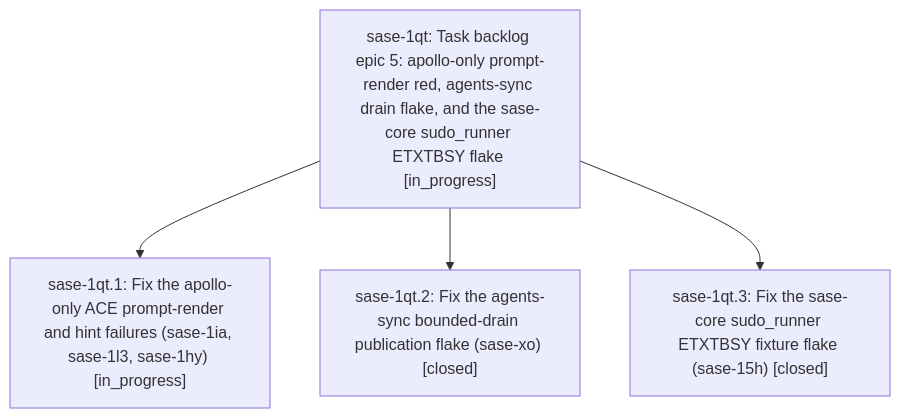
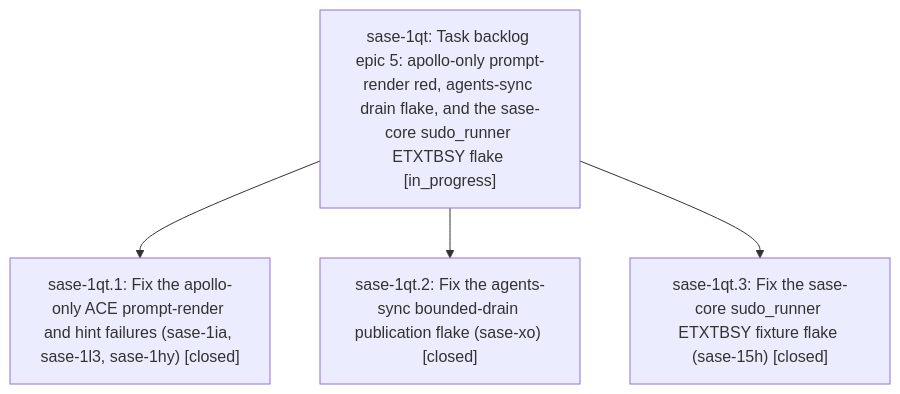
One commit to sase-org/sase--beads changed the diagram in pages/sase-1qt/README.md. Above: the diagram before and after it, drawn with Mermaid. The commit also changed other lines of this file and 2 other files, not shown here.

First line of the commit message:
chore(beads): sync bead state and pages for sase-1qt

````diff
--- a/pages/sase-1qt/README.md
+++ b/pages/sase-1qt/README.md
@@ -24,10 +24,10 @@
 ```mermaid
 flowchart TD
     n0["sase-1qt: Task backlog epic 5: apollo-only prompt-render red, agents-sync drain flake, and the sase-core sudo_runner ETXTBSY flake [in_progress]"]
-    n1["sase-1qt.1: Fix the apollo-only ACE prompt-render and hint failures (sase-1ia, sase-1l3, sase-1hy) [in_progress]"]
+    n1["sase-1qt.1: Fix the apollo-only ACE prompt-render and hint failures (sase-1ia, sase-1l3, sase-1hy) [closed]"]
     n2["sase-1qt.2: Fix the agents-sync bounded-drain publication flake (sase-xo) [closed]"]
     n3["sase-1qt.3: Fix the sase-core sudo_runner ETXTBSY fixture flake (sase-15h) [closed]"]
     n0 --> n1
     n0 --> n2
     n0 --> n3
 ```
````
